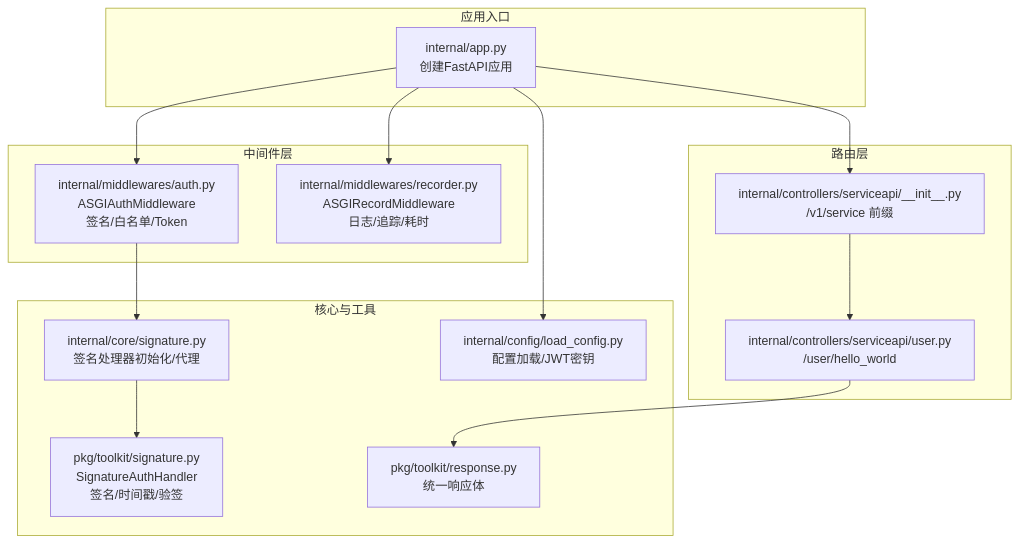
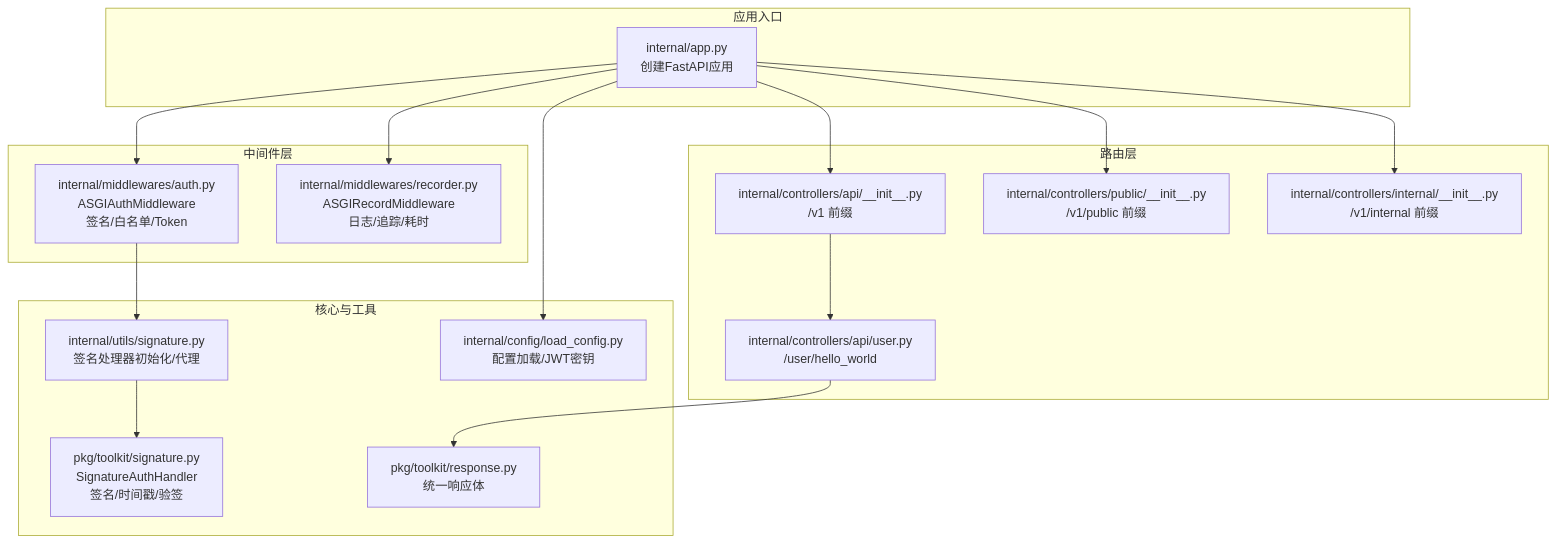
One commit to lilinzezzzzzz/fastapi-backend changed the first of 6 diagrams in .qoder/repowiki/zh/content/API接口文档/Service API接口.md. Above: the diagram before and after it, drawn with Mermaid. The commit also changed other lines of this file and 42 other files, not shown here.

````diff
--- a/.qoder/repowiki/zh/content/API接口文档/Service API接口.md
+++ b/.qoder/repowiki/zh/content/API接口文档/Service API接口.md
@@ -36,26 +51,30 @@
 ```mermaid
 graph TB
 subgraph "应用入口"
 A["internal/app.py<br/>创建FastAPI应用"]
 end
 subgraph "路由层"
-R1["internal/controllers/serviceapi/__init__.py<br/>/v1/service 前缀"]
-R2["internal/controllers/serviceapi/user.py<br/>/user/hello_world"]
+R1["internal/controllers/api/__init__.py<br/>/v1 前缀"]
+R2["internal/controllers/api/user.py<br/>/user/hello_world"]
+R3["internal/controllers/public/__init__.py<br/>/v1/public 前缀"]
+R4["internal/controllers/internal/__init__.py<br/>/v1/internal 前缀"]
 end
 subgraph "中间件层"
 M1["internal/middlewares/auth.py<br/>ASGIAuthMiddleware<br/>签名/白名单/Token"]
 M2["internal/middlewares/recorder.py<br/>ASGIRecordMiddleware<br/>日志/追踪/耗时"]
 end
 subgraph "核心与工具"
-C1["internal/core/signature.py<br/>签名处理器初始化/代理"]
+C1["internal/utils/signature.py<br/>签名处理器初始化/代理"]
 T1["pkg/toolkit/signature.py<br/>SignatureAuthHandler<br/>签名/时间戳/验签"]
 CFG["internal/config/load_config.py<br/>配置加载/JWT密钥"]
 RESP["pkg/toolkit/response.py<br/>统一响应体"]
 end
 A --> R1 --> R2
+A --> R3
+A --> R4
 A --> M1
 A --> M2
 M1 --> C1 --> T1
 A --> CFG
 R2 --> RESP
 ```
````
